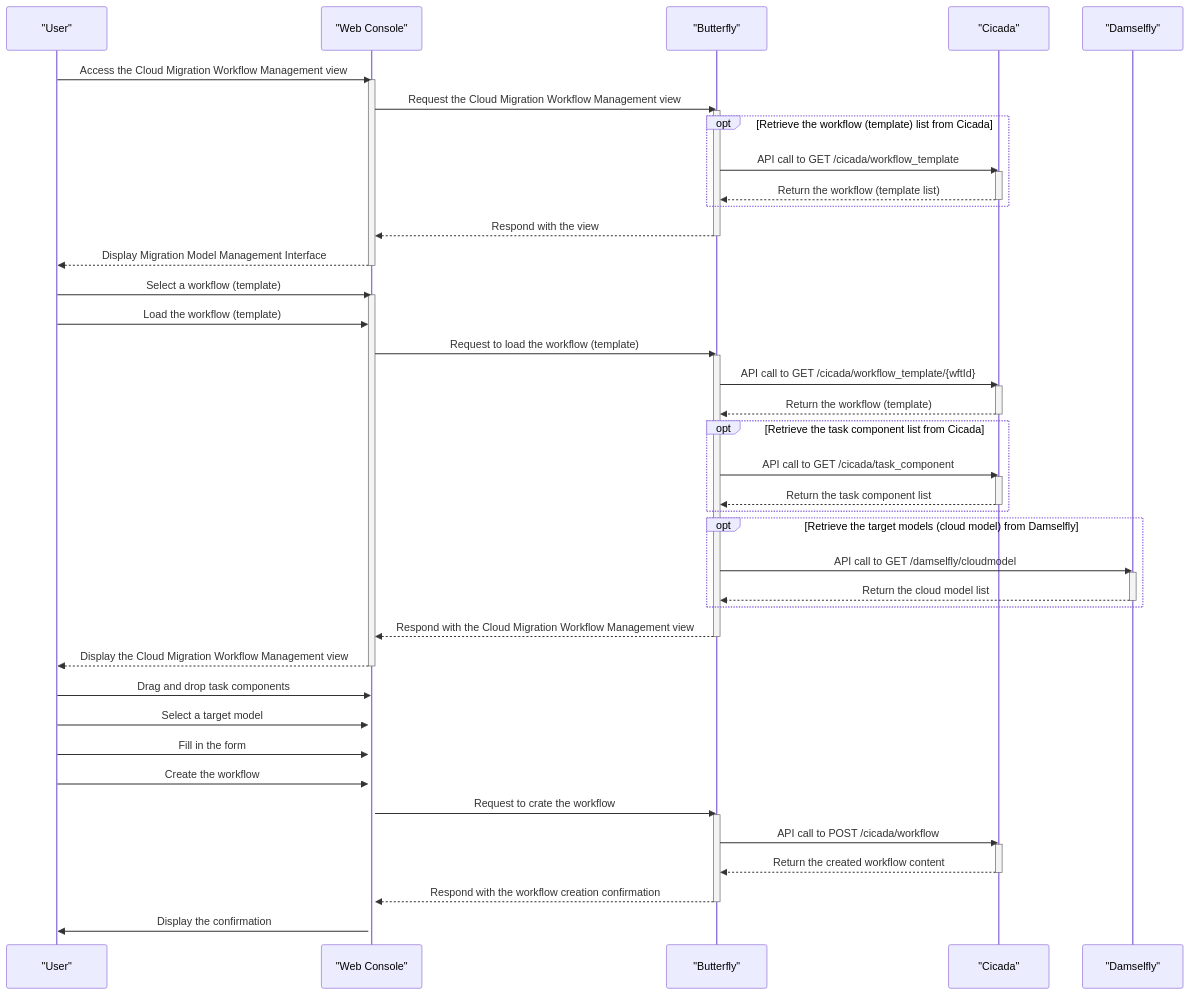
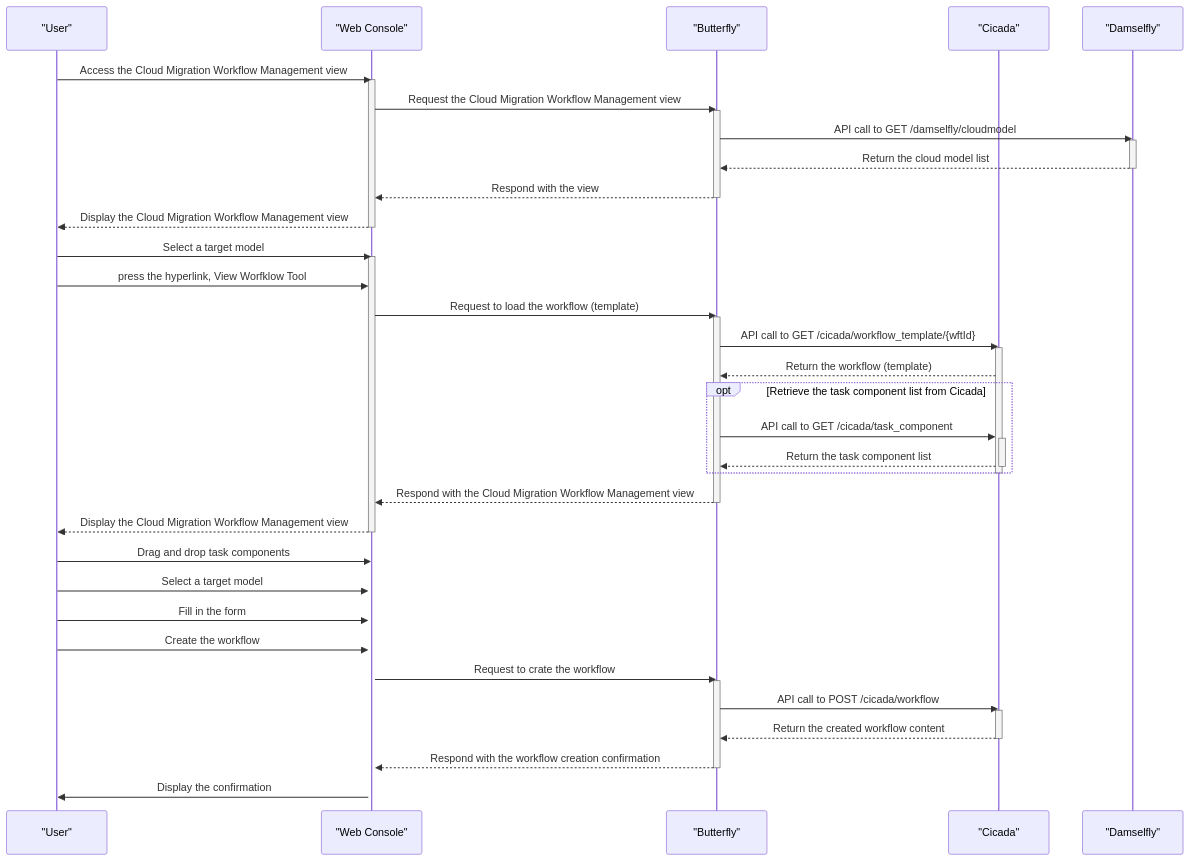
One commit to cloud-barista/cloud-migrator changed the tenth of 12 diagrams in docs/sequence-diagrams-for-user-scenarios.md. Above: the diagram before and after it, drawn with Mermaid. The commit also changed other lines of this file, not shown here.

Commit message:
Update the user scenario of computing infra migration

````diff
--- a/docs/sequence-diagrams-for-user-scenarios.md
+++ b/docs/sequence-diagrams-for-user-scenarios.md
@@ -527,70 +513,65 @@
 ```mermaid
 sequenceDiagram
     participant User as "User"
     participant Browser as "Web Console"
     participant Butterfly as "Butterfly"
     participant Cicada as "Cicada"
     participant Damselfly as "Damselfly"
-	
-	%% Step 0: User accesses Cloud Migration Workflow Management View
+
+	%% [Steps for loading view]
+	%% User accesses a view of Cloud Migration Workflow Management
     User->>Browser: Access the Cloud Migration Workflow Management view
     activate Browser
     Browser->>Butterfly: Request the Cloud Migration Workflow Management view
     activate Butterfly
-    opt Retrieve the workflow (template) list from Cicada
-	    Butterfly->>Cicada: API call to GET /cicada/workflow_template
-	    activate Cicada
-	    Cicada-->>Butterfly: Return the workflow (template list)
-	    deactivate Cicada
-	end		
+	%% Retrieve the target models (cloud model) from Damselfly
+	Butterfly->>Damselfly: API call to GET /damselfly/cloudmodel
+	activate Damselfly
+	Damselfly-->>Butterfly: Return the cloud model list
+	deactivate Damselfly
     Butterfly-->>Browser: Respond with the view
     deactivate Butterfly
-    Browser-->>User: Display Migration Model Management Interface
+    Browser-->>User: Display the Cloud Migration Workflow Management view
     deactivate Browser
 
-    %% Select a workflow (template)
-    User->>Browser: Select a workflow (template)
-    activate Browser
-
-    %% Load the workflow (template)
-    User->>Browser: Load the workflow (template)
+	%% [Steps for processing user scenarios]
+    %% Select a target model
+    User->>Browser: Select a target model
+	activate Browser
+    %% Press "View Workflow Tool" and load the workflow (template)
+    User->>Browser: press the hyperlink, View Worfklow Tool
+	%% Load the workflow (template)
     Browser->>Butterfly: Request to load the workflow (template)
     activate Butterfly
     Butterfly->>Cicada: API call to GET /cicada/workflow_template/{wftId}
 	activate Cicada
 	Cicada-->>Butterfly: Return the workflow (template)
-	deactivate Cicada    
 	opt Retrieve the task component list from Cicada
 	    Butterfly->>Cicada: API call to GET /cicada/task_component
 	    activate Cicada
 	    Cicada-->>Butterfly: Return the task component list
 	    deactivate Cicada
 	end
-    opt Retrieve the target models (cloud model) from Damselfly        
-        Butterfly->>Damselfly: API call to GET /damselfly/cloudmodel
-        activate Damselfly
-        Damselfly-->>Butterfly: Return the cloud model list
-        deactivate Damselfly
-    end
+	deactivate Cicada
     Butterfly-->>Browser: Respond with the Cloud Migration Workflow Management view
     deactivate Butterfly
     Browser-->>User: Display the Cloud Migration Workflow Management view
     deactivate Browser
 
     %% Make/create a workflow
     User->>Browser: Drag and drop task components
     activate Browser
     User->>Browser: Select a target model
     User->>Browser: Fill in the form
     User->>Browser: Create the workflow
     Browser->>Butterfly: Request to crate the workflow
     activate Butterfly
     Butterfly->>Cicada: API call to POST /cicada/workflow
     activate Cicada
     Cicada-->>Butterfly: Return the created workflow content
     deactivate Cicada
     Butterfly-->>Browser: Respond with the workflow creation confirmation
     deactivate Butterfly
-    Browser->>User: Display the confirmation    
+    Browser->>User: Display the confirmation
 
 ```
````
